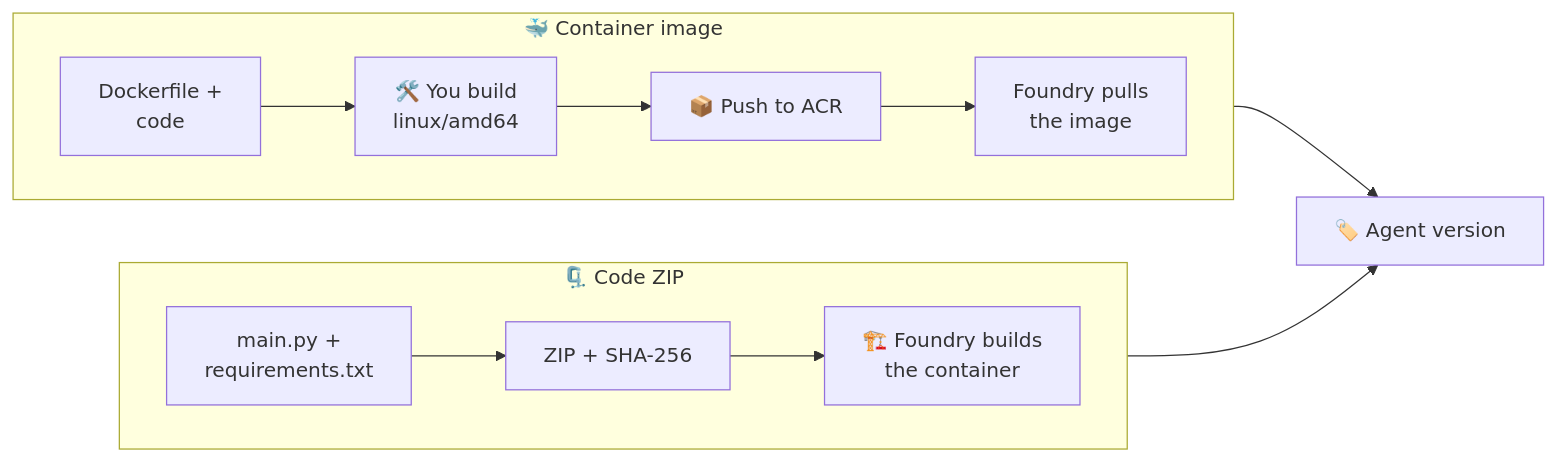
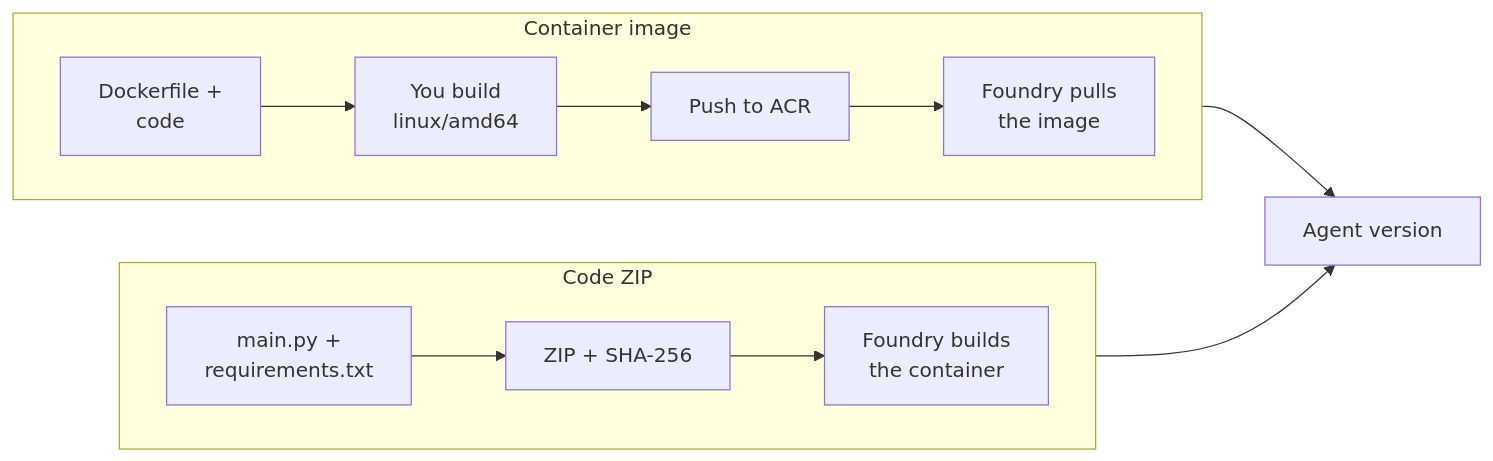
The second of 2 diagrams in docs/hosted-agents.md (nampacx/MS-Foundry-from-0-to-hero), drawn with Mermaid before and after one commit. The commit also changed other lines of this file and 37 other files, not shown here.

````diff
--- a/docs/hosted-agents.md
+++ b/docs/hosted-agents.md
@@ -130,13 +130,13 @@
 ```mermaid
 flowchart LR
-  subgraph Z[🗜️ Code ZIP]
+  subgraph Z[Code ZIP]
     direction LR
-    Z1[main.py +<br/>requirements.txt] --> Z2[ZIP + SHA-256] --> Z3[🏗️ Foundry builds<br/>the container]
+    Z1[main.py +<br/>requirements.txt] --> Z2[ZIP + SHA-256] --> Z3[Foundry builds<br/>the container]
   end
-  subgraph I[🐳 Container image]
+  subgraph I[Container image]
     direction LR
-    I1[Dockerfile +<br/>code] --> I2[🛠️ You build<br/>linux/amd64] --> I3[📦 Push to ACR] --> I4[Foundry pulls<br/>the image]
+    I1[Dockerfile +<br/>code] --> I2[You build<br/>linux/amd64] --> I3[Push to ACR] --> I4[Foundry pulls<br/>the image]
   end
-  Z3 --> V[🏷️ Agent version]
+  Z3 --> V[Agent version]
   I4 --> V
 ```
````
